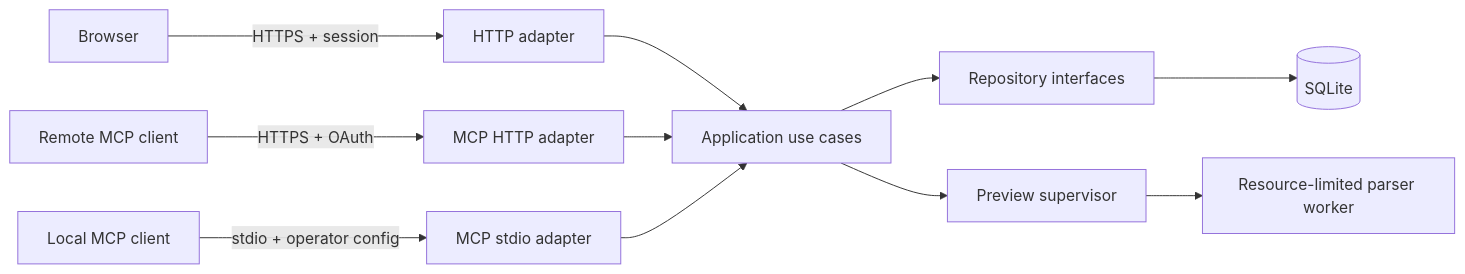
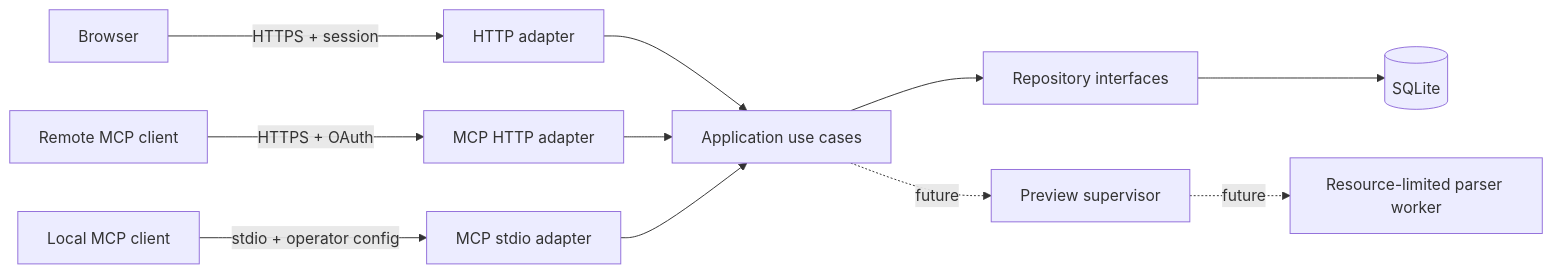
The diagram in docs/architecture.md (romprod/application-tracker), drawn with Mermaid before and after one commit. The commit also changed other lines of this file and 8 other files, not shown here.

````diff
--- a/docs/architecture.md
+++ b/docs/architecture.md
@@ -24,13 +23,13 @@
 ```mermaid
 flowchart LR
   Browser["Browser"] -->|"HTTPS + session"| HTTP["HTTP adapter"]
   RemoteMCP["Remote MCP client"] -->|"HTTPS + OAuth"| MCPHTTP["MCP HTTP adapter"]
   LocalMCP["Local MCP client"] -->|"stdio + operator config"| MCPStdio["MCP stdio adapter"]
   HTTP --> UseCases["Application use cases"]
   MCPHTTP --> UseCases
   MCPStdio --> UseCases
   UseCases --> Repositories["Repository interfaces"]
   Repositories --> SQLite[("SQLite")]
-  UseCases --> PreviewQueue["Preview supervisor"]
-  PreviewQueue --> Worker["Resource-limited parser worker"]
+  UseCases -. future .-> PreviewQueue["Preview supervisor"]
+  PreviewQueue -. future .-> Worker["Resource-limited parser worker"]
 ```
````
